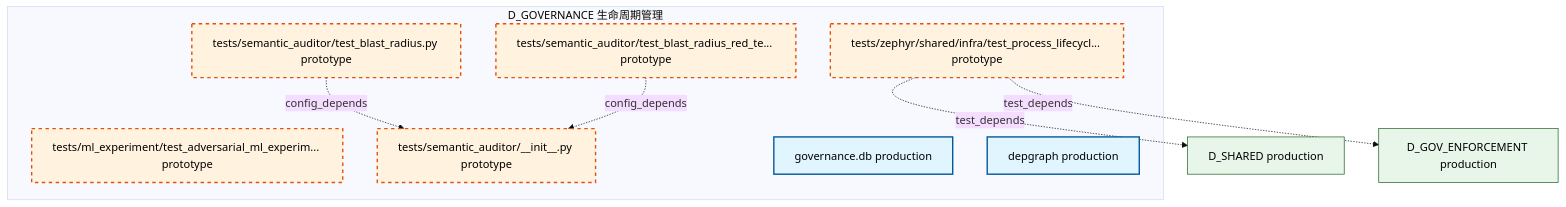
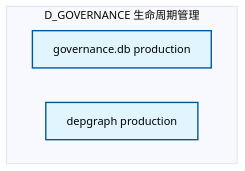
Diagram 20 of 20 in docs/02_enterprise_architecture/02_domain_architecture_docs/33_d_governance.md (xuanFelixVan/ZephyrAlpha), drawn with Mermaid (base theme) before and after one commit. The commit also changed other lines of this file and 105 other files, not shown here.

````diff
--- a/docs/02_enterprise_architecture/02_domain_architecture_docs/33_d_governance.md
+++ b/docs/02_enterprise_architecture/02_domain_architecture_docs/33_d_governance.md
@@ -1375,25 +1374,12 @@
 ```mermaid
 graph TD
     subgraph D_GOVERNANCE["D_GOVERNANCE 生命周期管理"]
-        tests_ml_experiment_test_adversarial_ml_experiment_py["tests/ml_experiment/test_adversarial_ml_experim... prototype"]
-        tests_semantic_auditor_init_py["tests/semantic_auditor/__init__.py prototype"]
-        tests_semantic_auditor_test_blast_radius_py["tests/semantic_auditor/test_blast_radius.py prototype"]
-        tests_semantic_auditor_test_blast_radius_red_team_py["tests/semantic_auditor/test_blast_radius_red_te... prototype"]
-        tests_zephyr_shared_infra_test_process_lifecycle_gateway_py["tests/zephyr/shared/infra/test_process_lifecycl... prototype"]
         infrastructure_registry_yaml_INFRA_DB_001["governance.db production"]
         infrastructure_registry_yaml_INFRA_DB_003["depgraph production"]
     end
-    tests_semantic_auditor_test_blast_radius_py -.->|config_depends| tests_semantic_auditor_init_py
-    tests_semantic_auditor_test_blast_radius_red_team_py -.->|config_depends| tests_semantic_auditor_init_py
-    D_SHARED["D_SHARED production"]
-    tests_zephyr_shared_infra_test_process_lifecycle_gateway_py -.->|test_depends| D_SHARED
-    D_GOV_ENFORCEMENT["D_GOV_ENFORCEMENT production"]
-    tests_zephyr_shared_infra_test_process_lifecycle_gateway_py -.->|test_depends| D_GOV_ENFORCEMENT
     classDef production fill:#e1f5fe,stroke:#01579b,stroke-width:2px,color:#000
     classDef design fill:#fff3e0,stroke:#e65100,stroke-width:2px,color:#000,stroke-dasharray: 5 5
     classDef external_prod fill:#e8f5e9,stroke:#1b5e20,stroke-width:1px,color:#000
     classDef external_design fill:#fce4ec,stroke:#880e4f,stroke-width:1px,color:#000,stroke-dasharray: 5 5
     class infrastructure_registry_yaml_INFRA_DB_001,infrastructure_registry_yaml_INFRA_DB_003 production
-    class tests_ml_experiment_test_adversarial_ml_experiment_py,tests_semantic_auditor_init_py,tests_semantic_auditor_test_blast_radius_py,tests_semantic_auditor_test_blast_radius_red_team_py,tests_zephyr_shared_infra_test_process_lifecycle_gateway_py design
-    class D_SHARED,D_GOV_ENFORCEMENT external_prod
 ```
````
